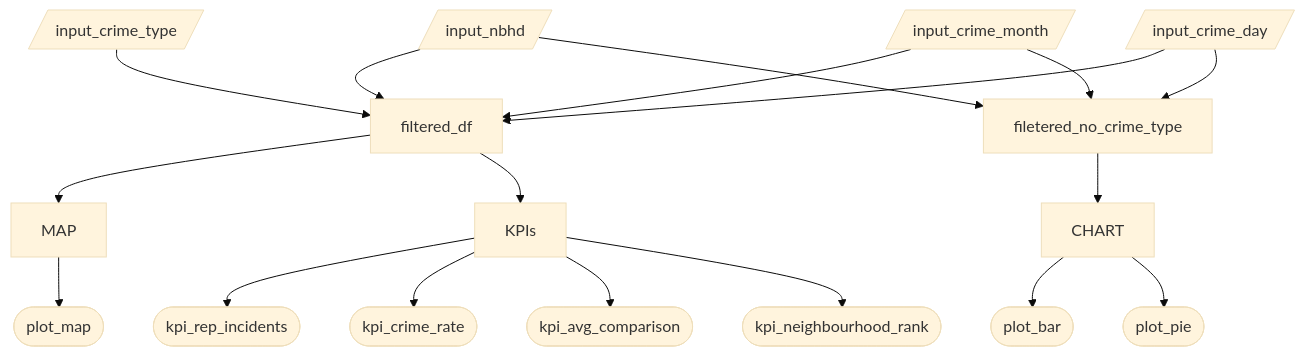
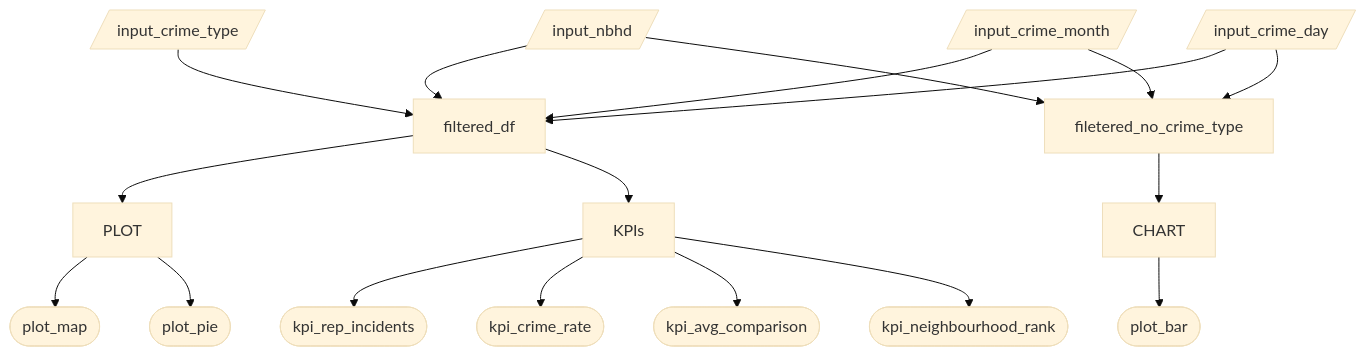
Before and after one commit to UBC-MDS/DSCI-532_2026_7_vancouver-neighbourhood-safety: the diagram in reports/m2_spec.md, drawn with Mermaid (base theme).

Commit message:
Amend mermaid

````diff
--- a/reports/m2_spec.md
+++ b/reports/m2_spec.md
@@ -36,23 +36,23 @@
 ```mermaid 
 flowchart TD
     A[/input_nbhd/] --> F[filtered_df]
     B[/input_crime_type/] --> F
     C[/input_crime_month/] --> F
     D[/input_crime_day/] --> F
 
     A[/input_nbhd/] --> F2[filetered_no_crime_type]
     C[/input_crime_month/] --> F2
     D[/input_crime_day/] --> F2
     
-    F --> MAP[MAP]
+    F --> PLOT[PLOT]
     F --> KPIS[KPIs]
     F2 -->CHART[CHART]
 
-    MAP --> P1([plot_map])
+    PLOT --> P1([plot_map])
     CHART --> P2([plot_bar])
-    CHART --> P3([plot_pie])
+    PLOT --> P3([plot_pie])
     KPIS --> K1([kpi_rep_incidents])
     KPIS --> K2([kpi_crime_rate])
     KPIS --> K3([kpi_avg_comparison])
     KPIS --> K4([kpi_neighbourhood_rank])
 ```
````
